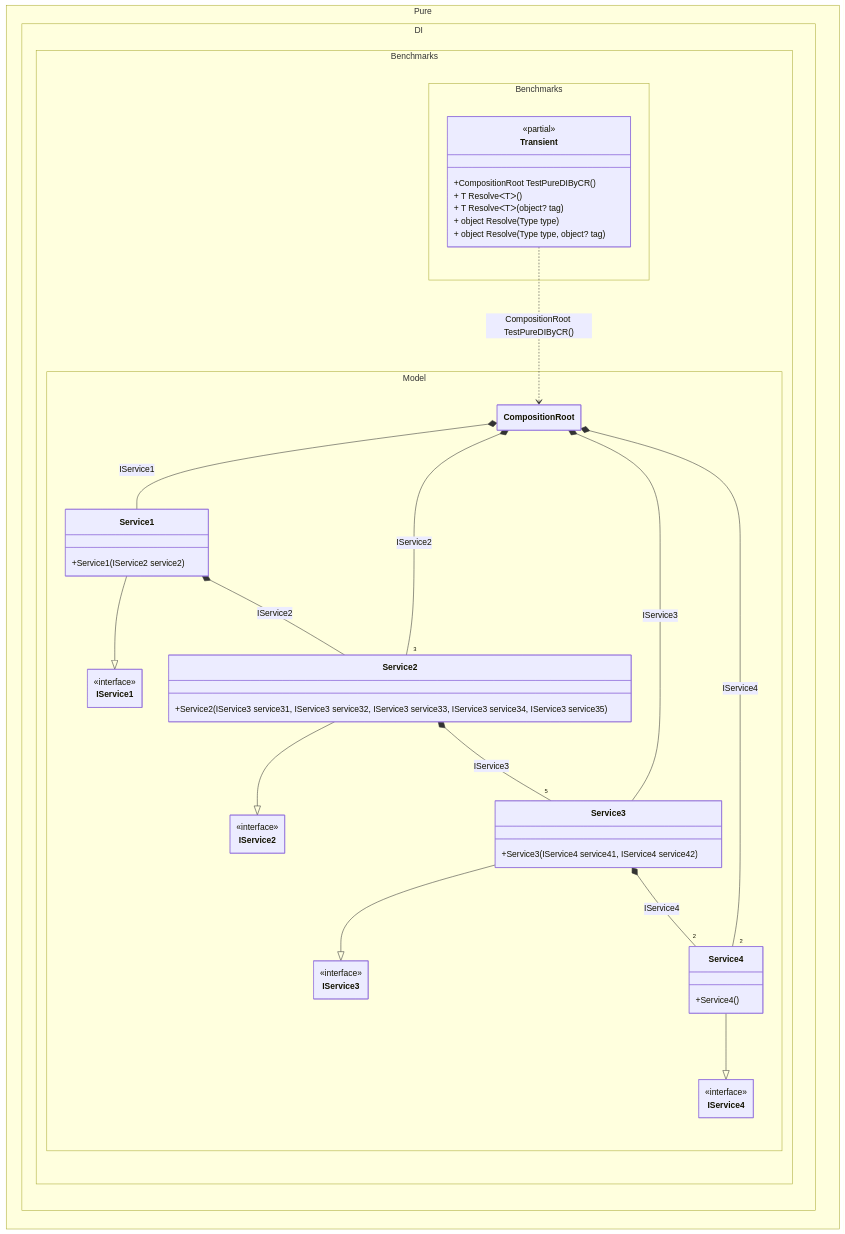
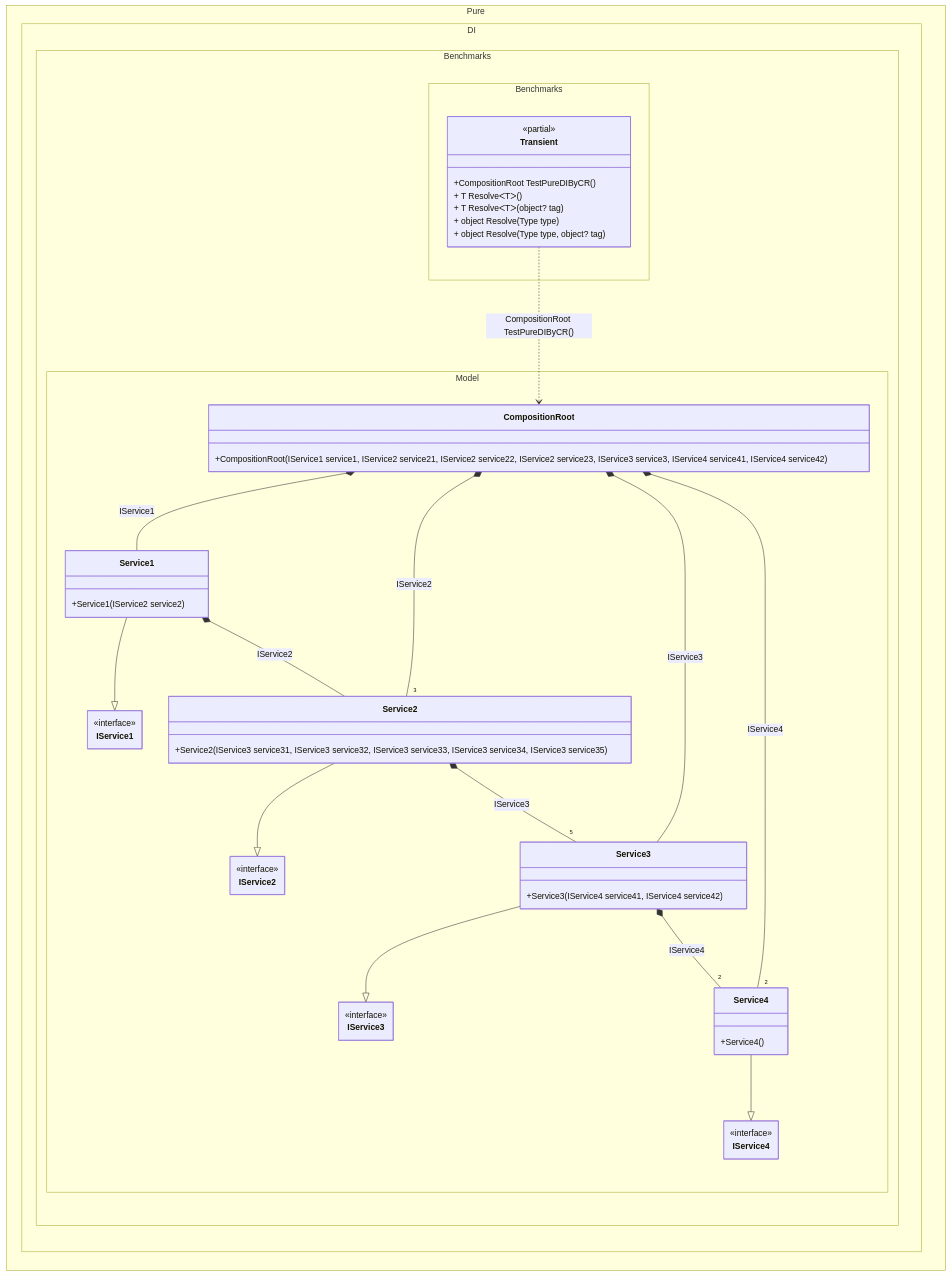
The diagram in readme/TransientDetails.md (DevTeam/Pure.DI), drawn with Mermaid before and after one commit. The commit also changed 113 other files, not shown here.

````diff
--- a/readme/TransientDetails.md
+++ b/readme/TransientDetails.md
@@ -6,58 +6,59 @@
 ```mermaid
 ---
  config:
   class:
    hideEmptyMembersBox: true
 ---
 classDiagram
 	Service1 --|> IService1
 	Service2 --|> IService2
 	Service3 --|> IService3
 	Service4 --|> IService4
 	Transient ..> CompositionRoot : CompositionRoot TestPureDIByCR()
+	Service1 *--  Service2 : IService2
+	Service2 *-- "5 " Service3 : IService3
+	Service3 *-- "2 " Service4 : IService4
 	CompositionRoot *--  Service1 : IService1
 	CompositionRoot *-- "3 " Service2 : IService2
 	CompositionRoot *--  Service3 : IService3
 	CompositionRoot *-- "2 " Service4 : IService4
-	Service1 *--  Service2 : IService2
-	Service2 *-- "5 " Service3 : IService3
-	Service3 *-- "2 " Service4 : IService4
 	namespace Pure.DI.Benchmarks.Benchmarks {
 		class Transient {
 		<<partial>>
 		+CompositionRoot TestPureDIByCR()
 		+ T ResolveᐸTᐳ()
 		+ T ResolveᐸTᐳ(object? tag)
 		+ object Resolve(Type type)
 		+ object Resolve(Type type, object? tag)
 		}
 	}
 	namespace Pure.DI.Benchmarks.Model {
 		class CompositionRoot {
+			+CompositionRoot(IService1 service1, IService2 service21, IService2 service22, IService2 service23, IService3 service3, IService4 service41, IService4 service42)
 		}
 		class IService1 {
 			<<interface>>
 		}
 		class IService2 {
 			<<interface>>
 		}
 		class IService3 {
 			<<interface>>
 		}
 		class IService4 {
 			<<interface>>
 		}
 		class Service1 {
 			+Service1(IService2 service2)
 		}
 		class Service2 {
 			+Service2(IService3 service31, IService3 service32, IService3 service33, IService3 service34, IService3 service35)
 		}
 		class Service3 {
 			+Service3(IService4 service41, IService4 service42)
 		}
 		class Service4 {
 			+Service4()
 		}
 	}
 ```
````
